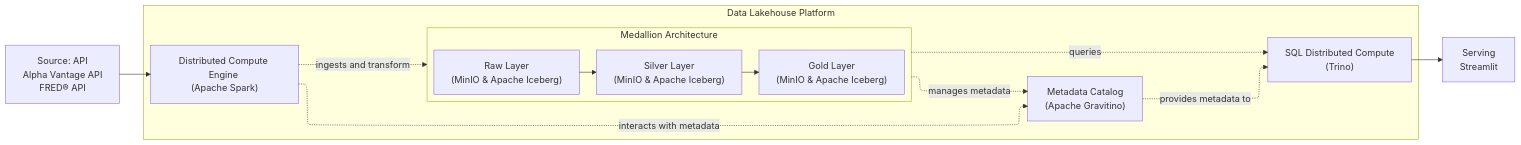
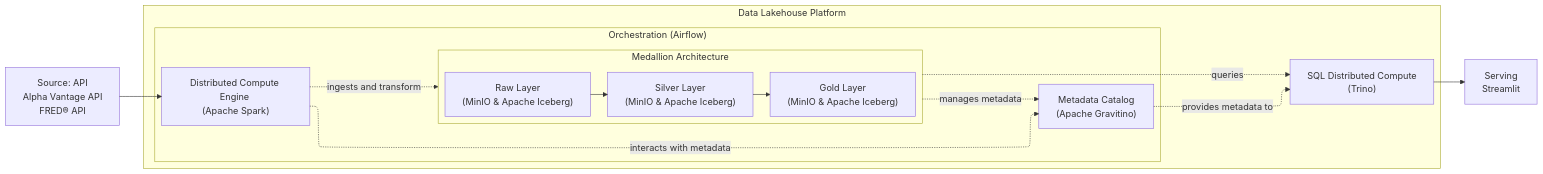
One commit to marcellinus-witarsah/argos-finance-data-platform changed the diagram in README.md. Above: the diagram before and after it, drawn with Mermaid. The commit also changed other lines of this file, not shown here.

````diff
--- a/README.md
+++ b/README.md
@@ -38,25 +40,27 @@
 ```mermaid
 ---
 config:
   theme: mc
   layout: elk
 ---
 flowchart LR
     A["Source: API <br/>Alpha Vantage API<br/>FRED® API"] --> S["Distributed Compute Engine <br/>(Apache Spark)"]
 
     subgraph H["Data Lakehouse Platform"]
-        S -. ingests and transform .-> G
-        subgraph G["Medallion Architecture"]
-            C["Raw Layer<br/>(MinIO & Apache Iceberg)"]
-            D["Silver Layer<br/>(MinIO & Apache Iceberg)"]
-            E["Gold Layer<br/>(MinIO & Apache Iceberg)"]
-            C --> D --> E
+        subgraph N["Orchestration (Airflow)"]
+            S -. ingests and transform .-> G
+            subgraph G["Medallion Architecture"]
+                C["Raw Layer<br/>(MinIO & Apache Iceberg)"]
+                D["Silver Layer<br/>(MinIO & Apache Iceberg)"]
+                E["Gold Layer<br/>(MinIO & Apache Iceberg)"]
+                C --> D --> E
+            end
+            S -. interacts with metadata .-> M["Metadata Catalog<br/>(Apache Gravitino)"]
+            G -. manages metadata .-> M
         end
-        S -. interacts with metadata .-> M["Metadata Catalog<br/>(Apache Gravitino)"]
-        G -. manages metadata .-> M
         M -. provides metadata to .-> T["SQL Distributed Compute<br/>(Trino)"]
         G -. queries .-> T
     end
 
     T --> F["Serving<br/>Streamlit"]
 ```
````
